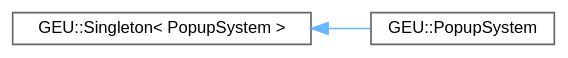
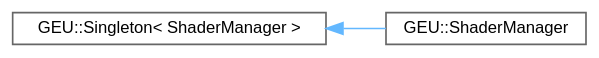
The diagram in DevDocs/inherit_graph_78.dot (GGGJaen/GGGJaen.github.io), drawn with Graphviz before and after one commit. The commit also changed 536 other files, not shown here.

```diff
--- a/DevDocs/inherit_graph_78.dot
+++ b/DevDocs/inherit_graph_78.dot
@@ -1,11 +1,11 @@
 digraph "Gráfico de jerarquía de clases"
 {
  // LATEX_PDF_SIZE
   bgcolor="transparent";
   edge [fontname=Helvetica,fontsize=10,labelfontname=Helvetica,labelfontsize=10];
   node [fontname=Helvetica,fontsize=10,shape=box,height=0.2,width=0.4];
   rankdir="LR";
-  Node0 [id="Node000000",label="GEU::Singleton\< PopupSystem \>",height=0.2,width=0.4,color="grey40", fillcolor="white", style="filled",URL="$d1/d01/class_g_e_u_1_1_singleton.html",tooltip=" "];
+  Node0 [id="Node000000",label="GEU::Singleton\< ShaderManager \>",height=0.2,width=0.4,color="grey40", fillcolor="white", style="filled",URL="$d1/d01/class_g_e_u_1_1_singleton.html",tooltip=" "];
   Node0 -> Node1 [id="edge62_Node000000_Node000001",dir="back",color="steelblue1",style="solid",tooltip=" "];
-  Node1 [id="Node000001",label="GEU::PopupSystem",height=0.2,width=0.4,color="grey40", fillcolor="white", style="filled",URL="$d9/d03/class_g_e_u_1_1_popup_system.html",tooltip=" "];
+  Node1 [id="Node000001",label="GEU::ShaderManager",height=0.2,width=0.4,color="grey40", fillcolor="white", style="filled",URL="$d7/d06/class_g_e_u_1_1_shader_manager.html",tooltip=" "];
 }
```
